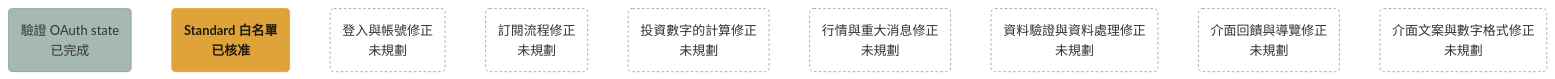
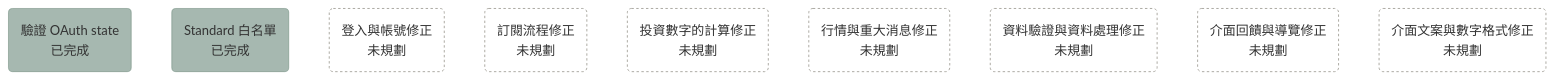
Before and after one commit to bingyangchen/taigu: the diagram in docs/plans/roadmap.md, drawn with Mermaid. The commit also changed other lines of this file and 20 other files, not shown here.

Commit message:
[impl 0002] Add a Standard whitelist (#222)

````diff
--- a/docs/plans/roadmap.md
+++ b/docs/plans/roadmap.md
@@ -7,15 +7,15 @@
 ```mermaid
 flowchart TD
   oauth_state_check("驗證 OAuth state<br/>已完成"):::done
-  standard_whitelist("Standard 白名單<br/>已核准"):::approved
+  standard_whitelist("Standard 白名單<br/>已完成"):::done
   login_account_fixes("登入與帳號修正<br/>未規劃"):::unplanned
   billing_fixes("訂閱流程修正<br/>未規劃"):::unplanned
   calculation_fixes("投資數字的計算修正<br/>未規劃"):::unplanned
   market_data_fixes("行情與重大消息修正<br/>未規劃"):::unplanned
   data_fixes("資料驗證與資料處理修正<br/>未規劃"):::unplanned
   ui_feedback_fixes("介面回饋與導覽修正<br/>未規劃"):::unplanned
   copy_fixes("介面文案與數字格式修正<br/>未規劃"):::unplanned
   classDef done fill:#4f726280,stroke:#4f726280
   classDef approved fill:#e0a33a,stroke:#e0a33a,color:#1f1a12,font-weight:bold
   classDef unplanned fill:none,stroke:#9a978f,stroke-dasharray:3 3
 ```
````
